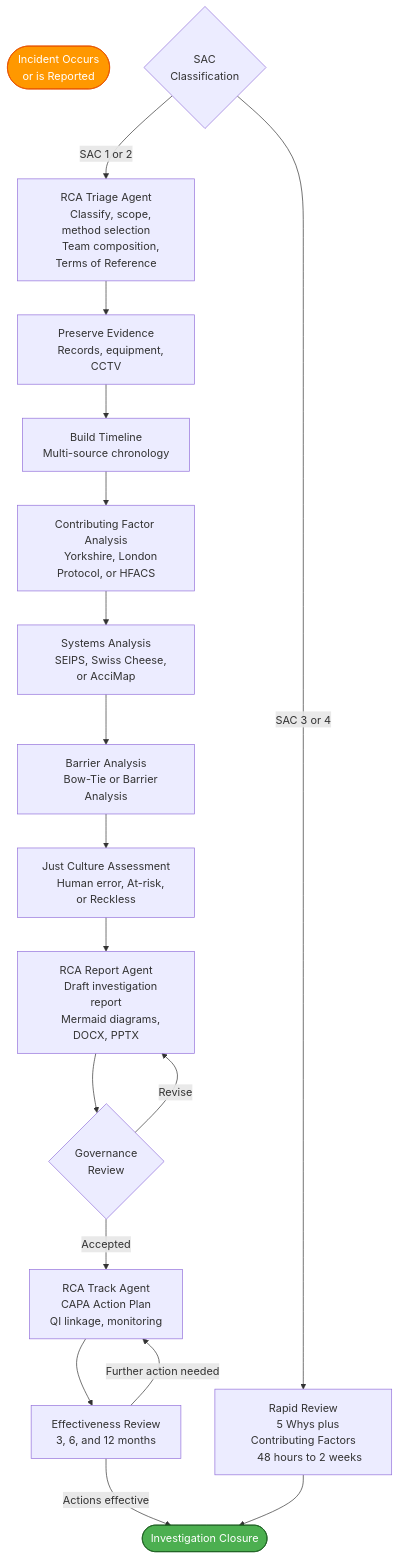
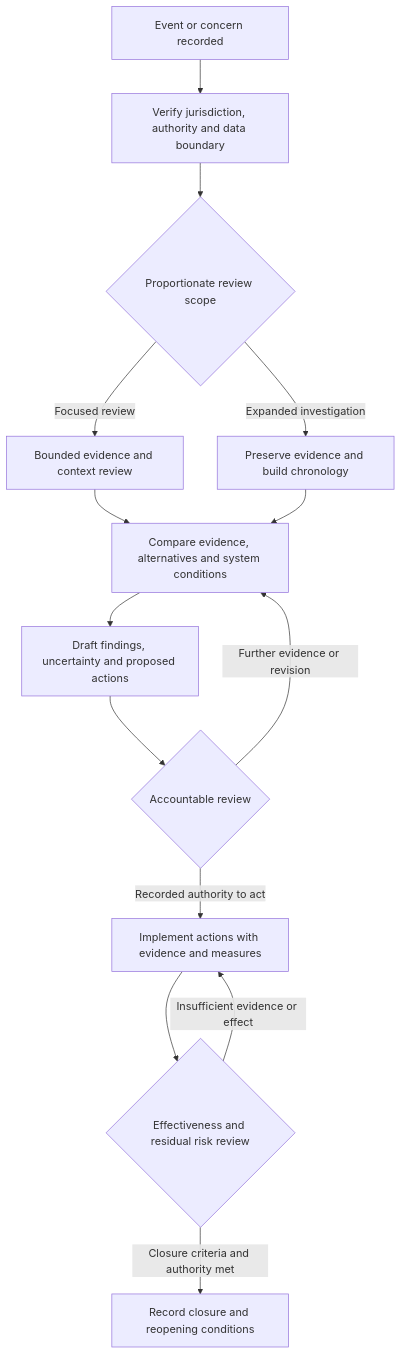
The diagram in skills/rca-investigation/assets/templates/mermaid/investigation-workflow.mmd (edithatogo/rcagent), drawn with Mermaid before and after one commit. The commit also changed 211 other files, not shown here.

```diff
--- a/skills/rca-investigation/assets/templates/mermaid/investigation-workflow.mmd
+++ b/skills/rca-investigation/assets/templates/mermaid/investigation-workflow.mmd
@@ -1,47 +1,16 @@
+%% Draft illustrative schematic: apply assets/template-use-contract.md.
+%% Scope, methods, timing and authority require the applicable verified record.
 flowchart TD
-  INC(["Incident Occurs
-    or is Reported"]):::start
-
-  SAC{"SAC
-    Classification"}
-
-  SAC -->|"SAC 1 or 2"| TRIAGE["RCA Triage Agent
-    Classify, scope, method selection
-    Team composition, Terms of Reference"]
-  SAC -->|"SAC 3 or 4"| RAPID["Rapid Review
-    5 Whys plus Contributing Factors
-    48 hours to 2 weeks"]
-
-  TRIAGE --> PRESERVE["Preserve Evidence
-    Records, equipment, CCTV"]
-  PRESERVE --> TIMELINE["Build Timeline
-    Multi-source chronology"]
-  TIMELINE --> CF["Contributing Factor Analysis
-    Yorkshire, London Protocol, or HFACS"]
-  CF --> SYSTEMS["Systems Analysis
-    SEIPS, Swiss Cheese, or AcciMap"]
-  SYSTEMS --> BOWTIE["Barrier Analysis
-    Bow-Tie or Barrier Analysis"]
-  BOWTIE --> JUST["Just Culture Assessment
-    Human error, At-risk, or Reckless"]
-
-  JUST --> REPORT["RCA Report Agent
-    Draft investigation report
-    Mermaid diagrams, DOCX, PPTX"]
-
-  REPORT --> REVIEW{"Governance
-    Review"}
-  REVIEW -->|"Revise"| REPORT
-  REVIEW -->|"Accepted"| TRACK["RCA Track Agent
-    CAPA Action Plan
-    QI linkage, monitoring"]
-
-  TRACK --> EFFECT["Effectiveness Review
-    3, 6, and 12 months"]
-  EFFECT -->|"Actions effective"| CLOSE(["Investigation Closure"]):::done
-  EFFECT -->|"Further action needed"| TRACK
-
-  RAPID --> CLOSE
-
-  classDef start fill:#ff9800,color:#fff,stroke:#e65100
-  classDef done fill:#4caf50,color:#fff,stroke:#1b5e20
+  INTAKE["Event or concern recorded"] --> CONTEXT["Verify jurisdiction, authority and data boundary"]
+  CONTEXT --> SCOPE{"Proportionate review scope"}
+  SCOPE -->|"Focused review"| FOCUSED["Bounded evidence and context review"]
+  SCOPE -->|"Expanded investigation"| EVIDENCE["Preserve evidence and build chronology"]
+  FOCUSED --> ANALYSIS["Compare evidence, alternatives and system conditions"]
+  EVIDENCE --> ANALYSIS
+  ANALYSIS --> REPORT["Draft findings, uncertainty and proposed actions"]
+  REPORT --> REVIEW{"Accountable review"}
+  REVIEW -->|"Further evidence or revision"| ANALYSIS
+  REVIEW -->|"Recorded authority to act"| ACTION["Implement actions with evidence and measures"]
+  ACTION --> EFFECT{"Effectiveness and residual risk review"}
+  EFFECT -->|"Insufficient evidence or effect"| ACTION
+  EFFECT -->|"Closure criteria and authority met"| CLOSE["Record closure and reopening conditions"]
```
